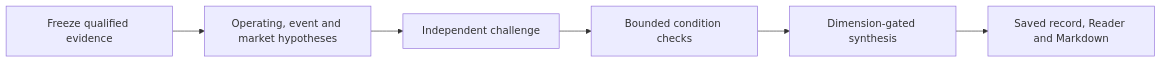
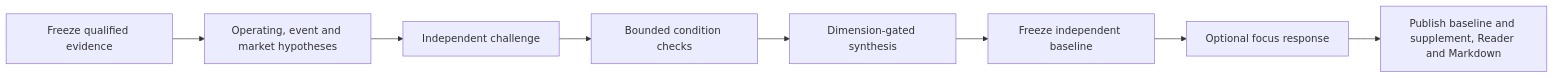
Before and after one commit to david188888/TradingAgents: the diagram in README.md, drawn with Mermaid. The commit also changed other lines of this file and 64 other files, not shown here.

Commit message:
feat: isolate base research from optional focus response

````diff
--- a/README.md
+++ b/README.md
@@ -22,8 +22,10 @@
 ```mermaid
 flowchart LR
     A[Freeze qualified evidence] --> B[Operating, event and market hypotheses]
     B --> C[Independent challenge]
     C --> D[Bounded condition checks]
     D --> E[Dimension-gated synthesis]
-    E --> F[Saved record, Reader and Markdown]
+    E --> F[Freeze independent baseline]
+    F --> G[Optional focus response]
+    G --> H[Publish baseline and supplement, Reader and Markdown]
 ```
````
